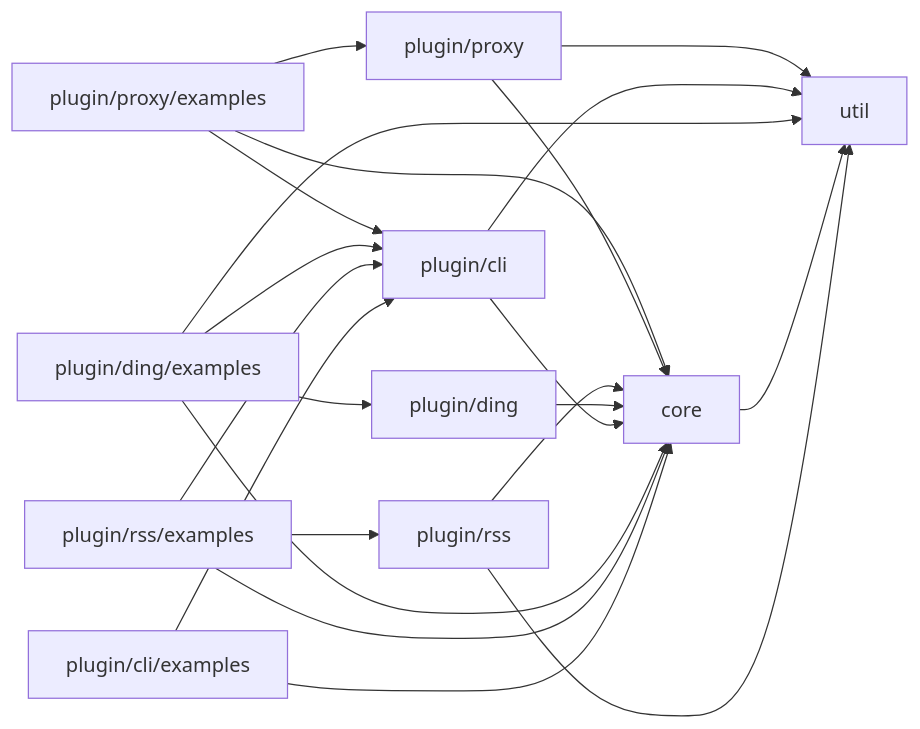
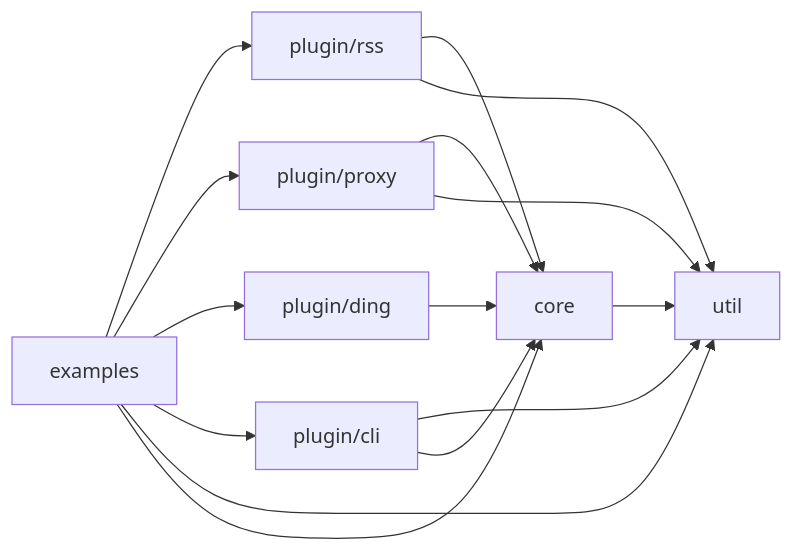
Before and after one commit to YDX-2147483647/bulletin-issues-transferred: the first of 4 diagrams in documentation.md, drawn with Mermaid. The commit also changed other lines of this file and 8 other files, not shown here.

````diff
--- a/documentation.md
+++ b/documentation.md
@@ -43,23 +43,17 @@
 ```mermaid
 flowchart LR
-  plugin/proxy/examples --> plugin/cli
-  plugin/proxy/examples --> core
-  plugin/proxy/examples --> plugin/proxy
+  examples --> plugin/rss
+  examples --> plugin/proxy
+  examples --> plugin/ding
+  examples --> plugin/cli
+  examples --> util
+  examples --> core
   plugin/proxy --> core
   plugin/proxy --> util
-  plugin/ding/examples --> plugin/ding
-  plugin/rss/examples --> plugin/rss
   plugin/rss --> core
   plugin/cli --> util
-  plugin/ding/examples --> plugin/cli
   plugin/ding --> core
-  plugin/rss/examples --> plugin/cli
   plugin/cli --> core
-  plugin/ding/examples --> util
+  plugin/rss --> util
   core --> util
-  plugin/ding/examples --> core
-  plugin/rss/examples --> core
-  plugin/cli/examples --> plugin/cli
-  plugin/rss --> util
-  plugin/cli/examples --> core
 ```
````
